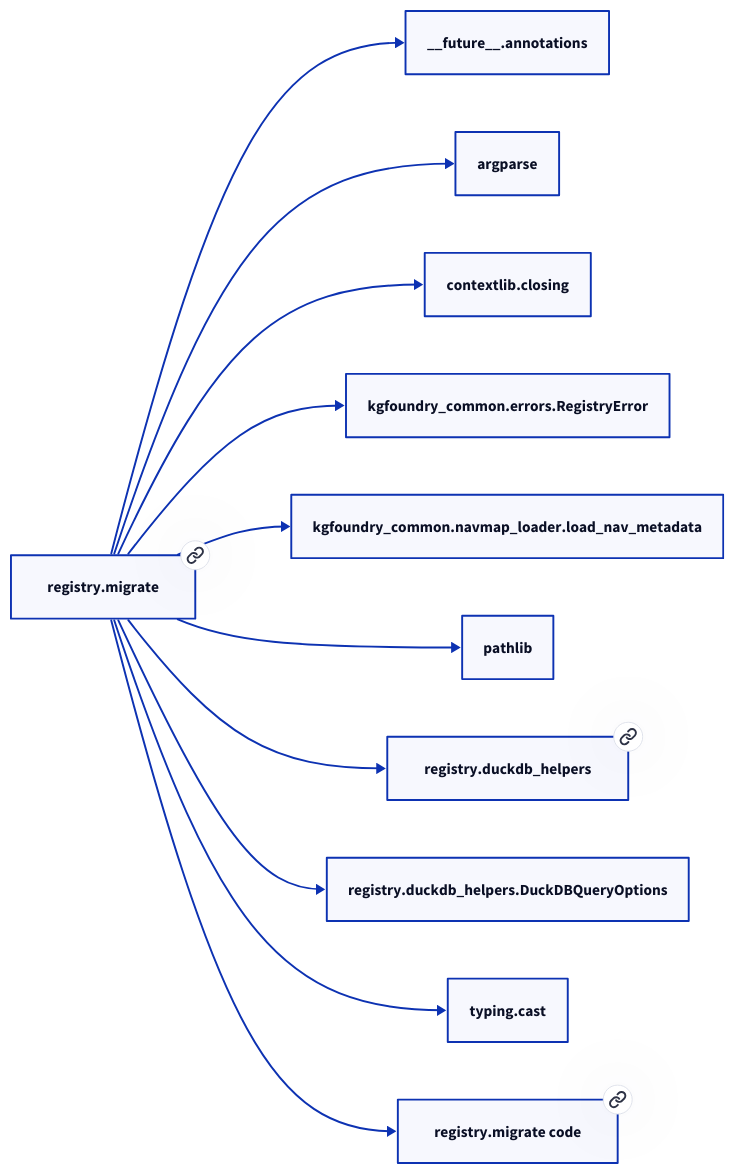
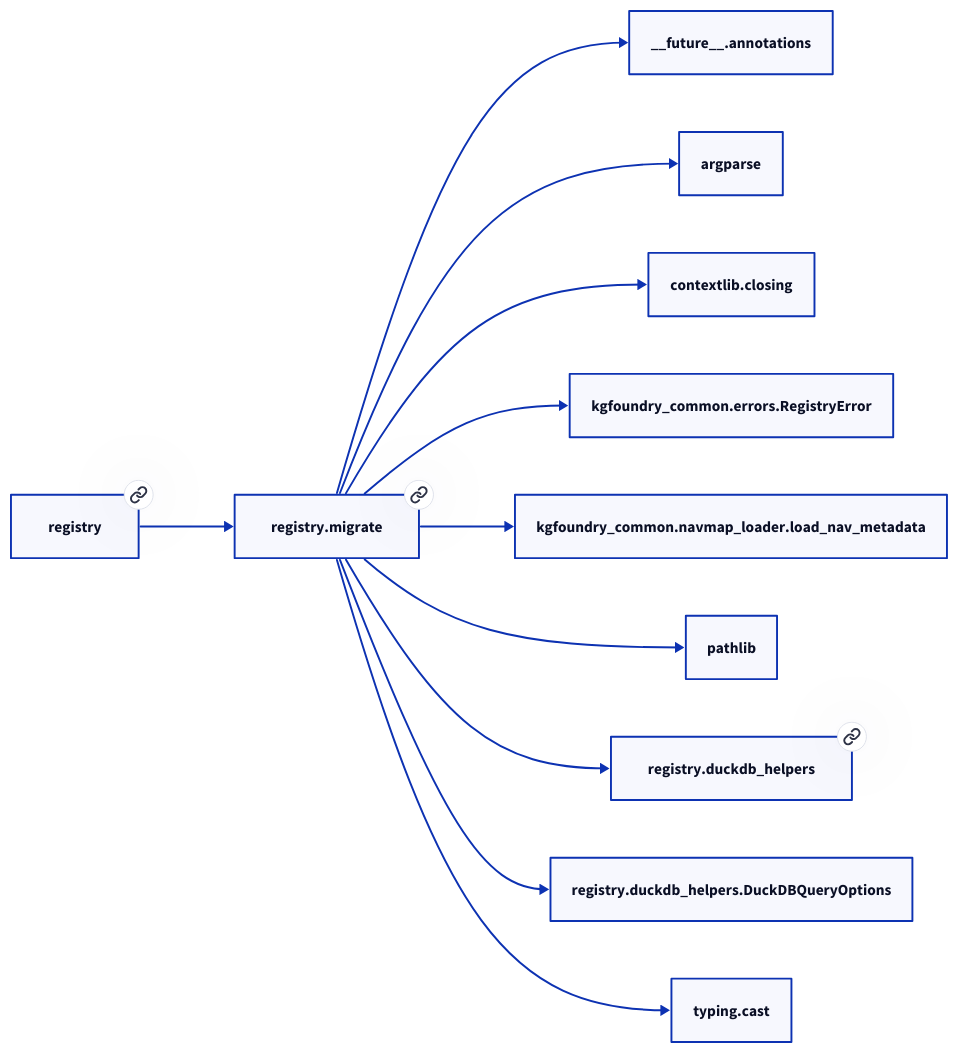
The diagram in docs/modules/registry/migrate.md (paul-heyse/kgforge), drawn with D2 before and after one commit. The commit also changed other lines of this file and 208 other files, not shown here.

````diff
--- a/docs/modules/registry/migrate.md
+++ b/docs/modules/registry/migrate.md
@@ -32,24 +36,24 @@
 ```d2
 direction: right
-"registry.migrate": "registry.migrate" { link: "./registry/migrate.md" }
+"registry.migrate": "registry.migrate" { link: "https://github.com/paul-heyse/kgfoundry/blob/main/src/registry/migrate.py" }
 "__future__.annotations": "__future__.annotations"
 "registry.migrate" -> "__future__.annotations"
 "argparse": "argparse"
 "registry.migrate" -> "argparse"
 "contextlib.closing": "contextlib.closing"
 "registry.migrate" -> "contextlib.closing"
 "kgfoundry_common.errors.RegistryError": "kgfoundry_common.errors.RegistryError"
 "registry.migrate" -> "kgfoundry_common.errors.RegistryError"
 "kgfoundry_common.navmap_loader.load_nav_metadata": "kgfoundry_common.navmap_loader.load_nav_metadata"
 "registry.migrate" -> "kgfoundry_common.navmap_loader.load_nav_metadata"
 "pathlib": "pathlib"
 "registry.migrate" -> "pathlib"
-"registry.duckdb_helpers": "registry.duckdb_helpers" { link: "./registry/duckdb_helpers.md" }
+"registry.duckdb_helpers": "registry.duckdb_helpers" { link: "https://github.com/paul-heyse/kgfoundry/blob/main/src/registry/duckdb_helpers.py" }
 "registry.migrate" -> "registry.duckdb_helpers"
 "registry.duckdb_helpers.DuckDBQueryOptions": "registry.duckdb_helpers.DuckDBQueryOptions"
 "registry.migrate" -> "registry.duckdb_helpers.DuckDBQueryOptions"
 "typing.cast": "typing.cast"
 "registry.migrate" -> "typing.cast"
-"registry.migrate_code": "registry.migrate code" { link: "https://github.com/kgfoundry/kgfoundry/blob/main/src/registry/migrate.py" }
-"registry.migrate" -> "registry.migrate_code" { style: dashed }
+"registry": "registry" { link: "https://github.com/paul-heyse/kgfoundry/blob/main/src/registry/__init__.py" }
+"registry" -> "registry.migrate" { style: dashed }
 ```
````
